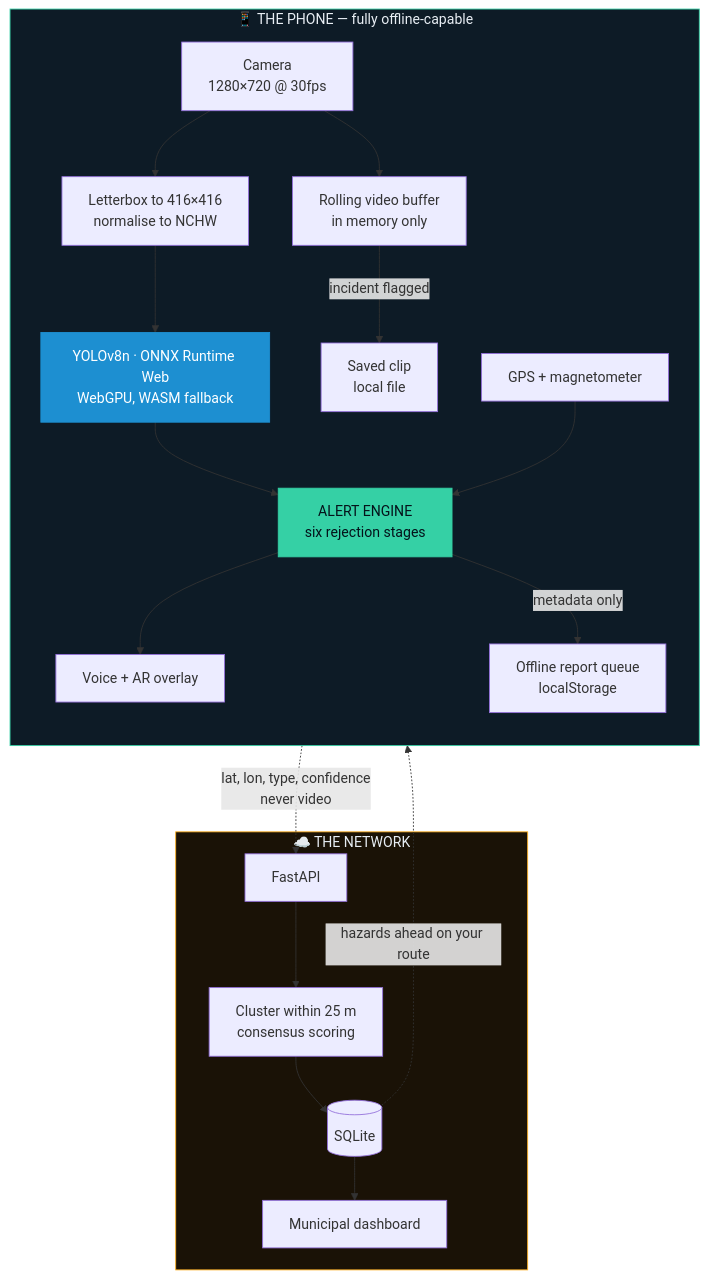
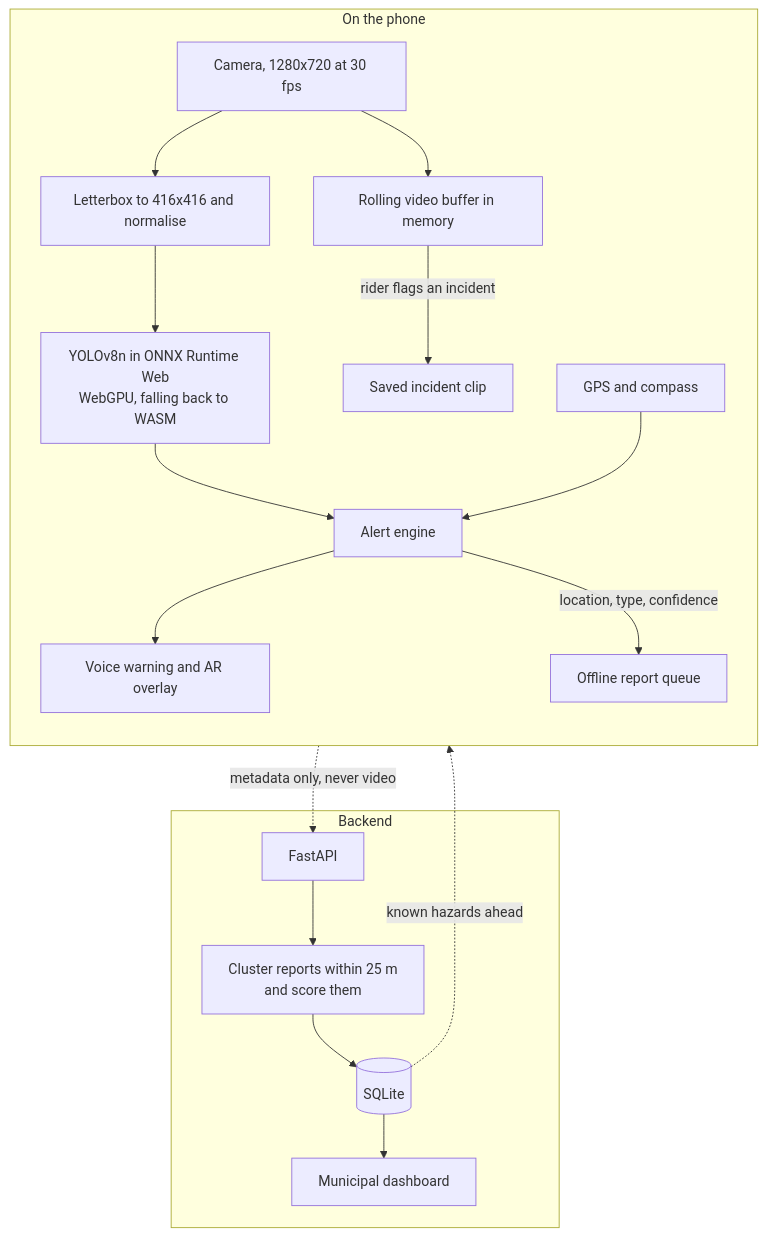
The first of 7 diagrams in README.md (4-thkind/DelhiJalNav), drawn with Mermaid before and after one commit. The commit also changed other lines of this file, not shown here.

````diff
--- a/README.md
+++ b/README.md
@@ -139,37 +19,31 @@
 ```mermaid
 flowchart TB
-    subgraph PHONE["📱 THE PHONE — fully offline-capable"]
+    subgraph PHONE["On the phone"]
         direction TB
-        CAM["Camera<br/>1280×720 @ 30fps"]
-        PRE["Letterbox to 416×416<br/>normalise to NCHW"]
-        YOLO["YOLOv8n · ONNX Runtime Web<br/>WebGPU, WASM fallback"]
-        ENGINE["ALERT ENGINE<br/>six rejection stages"]
-        OUT["Voice + AR overlay"]
-        BUF["Rolling video buffer<br/>in memory only"]
-        FILE["Saved clip<br/>local file"]
-        GPS["GPS + magnetometer"]
-        Q["Offline report queue<br/>localStorage"]
+        CAM["Camera, 1280x720 at 30 fps"]
+        PRE["Letterbox to 416x416 and normalise"]
+        YOLO["YOLOv8n in ONNX Runtime Web<br/>WebGPU, falling back to WASM"]
+        ENGINE["Alert engine"]
+        OUT["Voice warning and AR overlay"]
+        BUF["Rolling video buffer in memory"]
+        FILE["Saved incident clip"]
+        GPS["GPS and compass"]
+        Q["Offline report queue"]
 
         CAM --> PRE --> YOLO --> ENGINE --> OUT
-        CAM --> BUF -->|"incident flagged"| FILE
+        CAM --> BUF -->|"rider flags an incident"| FILE
         GPS --> ENGINE
-        ENGINE -->|"metadata only"| Q
+        ENGINE -->|"location, type, confidence"| Q
     end
 
-    subgraph CLOUD["☁️ THE NETWORK"]
+    subgraph SERVER["Backend"]
         API["FastAPI"]
-        AGG["Cluster within 25 m<br/>consensus scoring"]
+        AGG["Cluster reports within 25 m<br/>and score them"]
         DB[("SQLite")]
         DASH["Municipal dashboard"]
-        API --> AGG --> DB
-        DB --> DASH
+        API --> AGG --> DB --> DASH
     end
 
-    Q -.->|"lat, lon, type, confidence<br/>never video"| API
-    DB -.->|"hazards ahead on your route"| ENGINE
-
-    style PHONE fill:#0d1b26,stroke:#35d0a5,color:#e8eef4
-    style CLOUD fill:#1a1206,stroke:#ffb020,color:#e8eef4
-    style ENGINE fill:#35d0a5,stroke:#35d0a5,color:#04121a
-    style YOLO fill:#1d8fd1,stroke:#1d8fd1,color:#fff
+    Q -.->|"metadata only, never video"| API
+    DB -.->|"known hazards ahead"| ENGINE
 ```
````
